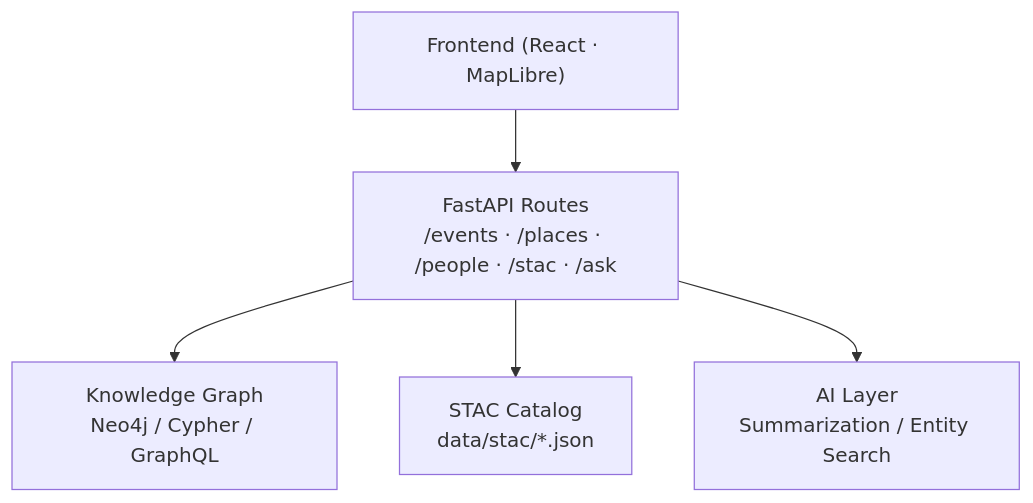
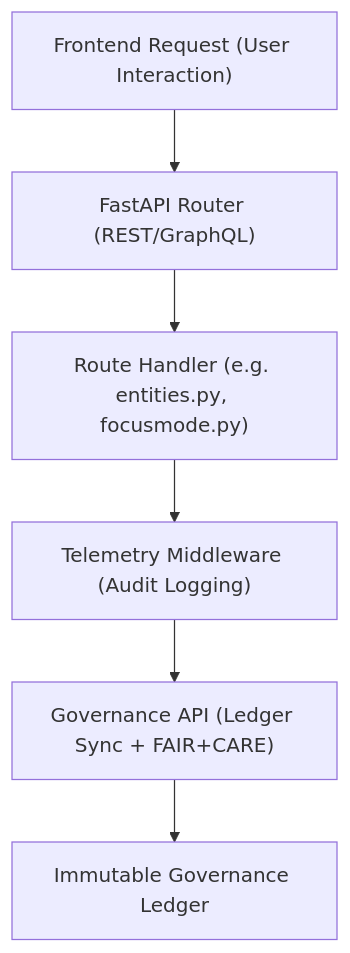
Before and after one commit to bartytime4life/Kansas-Frontier-Matrix: the diagram in src/api/routes/README.md, drawn with Mermaid. The commit also changed other lines of this file, not shown here.

````diff
--- a/src/api/routes/README.md
+++ b/src/api/routes/README.md
@@ -58,7 +186,8 @@
 ```mermaid
 flowchart TD
-    A["Frontend (React · MapLibre)"] --> B["FastAPI Routes<br/>/events · /places · /people · /stac · /ask"]
-    B --> C["Knowledge Graph<br/>Neo4j / Cypher / GraphQL"]
-    B --> D["STAC Catalog<br/>data/stac/*.json"]
-    B --> E["AI Layer<br/>Summarization / Entity Search"]
+    A["Frontend Request (User Interaction)"] --> B["FastAPI Router (REST/GraphQL)"]
+    B --> C["Route Handler (e.g. entities.py, focusmode.py)"]
+    C --> D["Telemetry Middleware (Audit Logging)"]
+    D --> E["Governance API (Ledger Sync + FAIR+CARE)"]
+    E --> F["Immutable Governance Ledger"]
 ```
````
